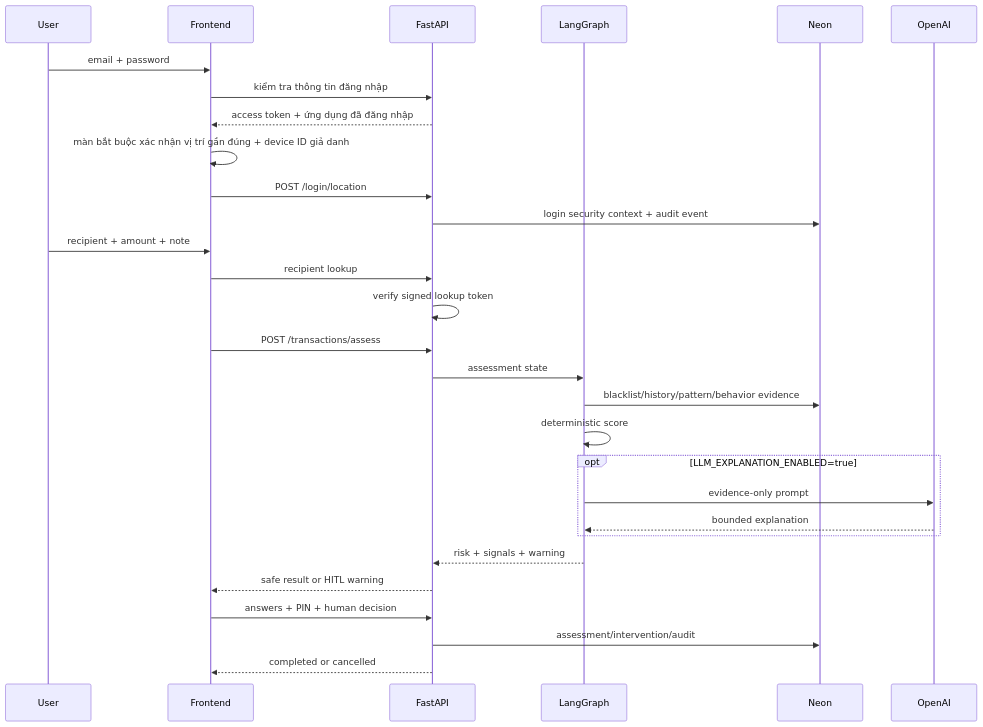
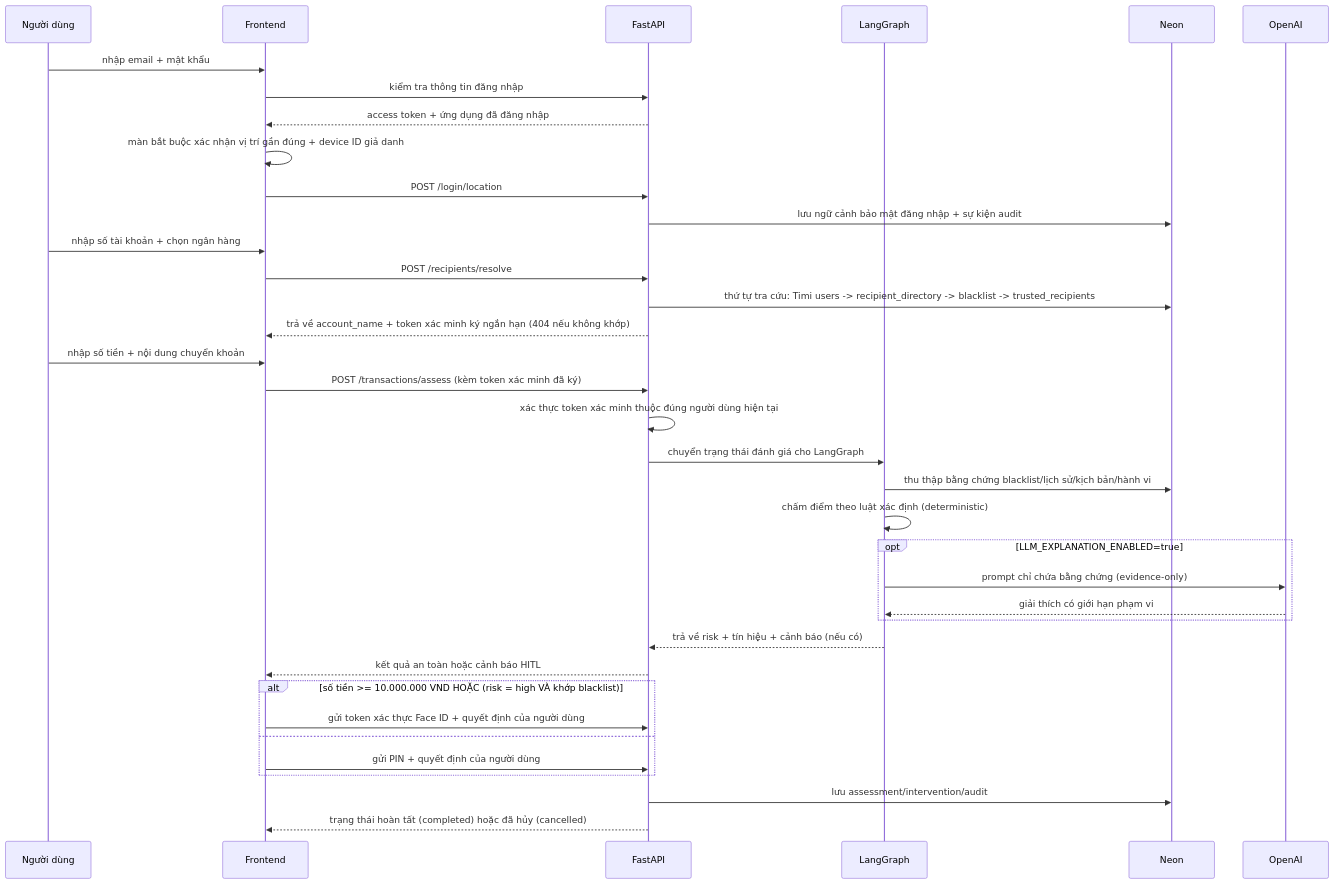
The third of 4 diagrams in ARCHITECTURE.md (ngovan15121977-bit/Anti-Scam-Demo), drawn with Mermaid before and after one commit. The commit also changed other lines of this file and 39 other files, not shown here.

````diff
--- a/ARCHITECTURE.md
+++ b/ARCHITECTURE.md
@@ -55,31 +76,38 @@
 ```mermaid
 sequenceDiagram
-    participant U as User
+    participant U as Người dùng
     participant F as Frontend
     participant A as FastAPI
     participant G as LangGraph
     participant D as Neon
     participant L as OpenAI
-    U->>F: email + password
+    U->>F: nhập email + mật khẩu
     F->>A: kiểm tra thông tin đăng nhập
     A-->>F: access token + ứng dụng đã đăng nhập
     F->>F: màn bắt buộc xác nhận vị trí gần đúng + device ID giả danh
     F->>A: POST /login/location
-    A->>D: login security context + audit event
-    U->>F: recipient + amount + note
-    F->>A: recipient lookup
-    A->>A: verify signed lookup token
-    F->>A: POST /transactions/assess
-    A->>G: assessment state
-    G->>D: blacklist/history/pattern/behavior evidence
-    G->>G: deterministic score
+    A->>D: lưu ngữ cảnh bảo mật đăng nhập + sự kiện audit
+    U->>F: nhập số tài khoản + chọn ngân hàng
+    F->>A: POST /recipients/resolve
+    A->>D: thứ tự tra cứu: Timi users -> recipient_directory -> blacklist -> trusted_recipients
+    A-->>F: trả về account_name + token xác minh ký ngắn hạn (404 nếu không khớp)
+    U->>F: nhập số tiền + nội dung chuyển khoản
+    F->>A: POST /transactions/assess (kèm token xác minh đã ký)
+    A->>A: xác thực token xác minh thuộc đúng người dùng hiện tại
+    A->>G: chuyển trạng thái đánh giá cho LangGraph
+    G->>D: thu thập bằng chứng blacklist/lịch sử/kịch bản/hành vi
+    G->>G: chấm điểm theo luật xác định (deterministic)
     opt LLM_EXPLANATION_ENABLED=true
-      G->>L: evidence-only prompt
-      L-->>G: bounded explanation
+      G->>L: prompt chỉ chứa bằng chứng (evidence-only)
+      L-->>G: giải thích có giới hạn phạm vi
     end
-    G-->>A: risk + signals + warning
-    A-->>F: safe result or HITL warning
-    F->>A: answers + PIN + human decision
-    A->>D: assessment/intervention/audit
-    A-->>F: completed or cancelled
+    G-->>A: trả về risk + tín hiệu + cảnh báo (nếu có)
+    A-->>F: kết quả an toàn hoặc cảnh báo HITL
+    alt số tiền >= 10.000.000 VND HOẶC (risk = high VÀ khớp blacklist)
+      F->>A: gửi token xác thực Face ID + quyết định của người dùng
+    else
+      F->>A: gửi PIN + quyết định của người dùng
+    end
+    A->>D: lưu assessment/intervention/audit
+    A-->>F: trạng thái hoàn tất (completed) hoặc đã hủy (cancelled)
 ```
````
